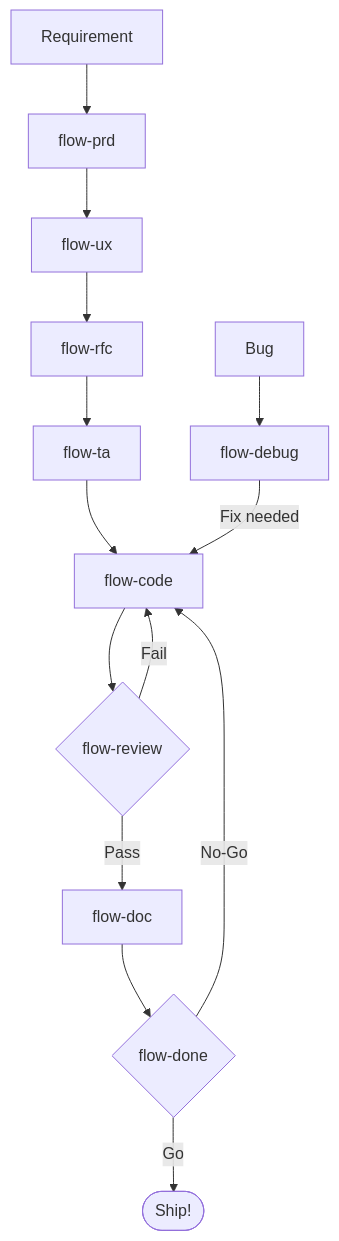
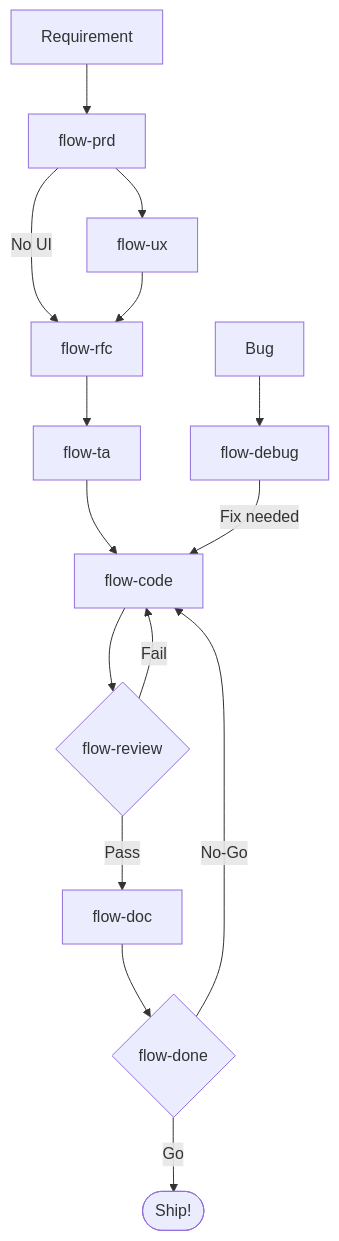
One commit to viniciuscarneiro/ai-dev-flow changed the first of 3 diagrams in README.md. Above: the diagram before and after it, drawn with Mermaid. The commit also changed other lines of this file and 11 other files, not shown here.

````diff
--- a/README.md
+++ b/README.md
@@ -66,17 +66,18 @@
 ```mermaid
 graph TD
     A[Requirement] --> B["flow-prd"]
     B --> B2["flow-ux"]
+    B -->|"No UI"| C["flow-rfc"]
     B2 --> C["flow-rfc"]
     C --> D["flow-ta"]
     D --> E["flow-code"]
     E --> F{"flow-review"}
     F -- Pass --> G["flow-doc"]
     F -- Fail --> E
     G --> H{"flow-done"}
     H -- Go --> I(["Ship!"])
     H -- No-Go --> E
 
     J[Bug] --> K["flow-debug"]
     K -- Fix needed --> E
 ```
````
